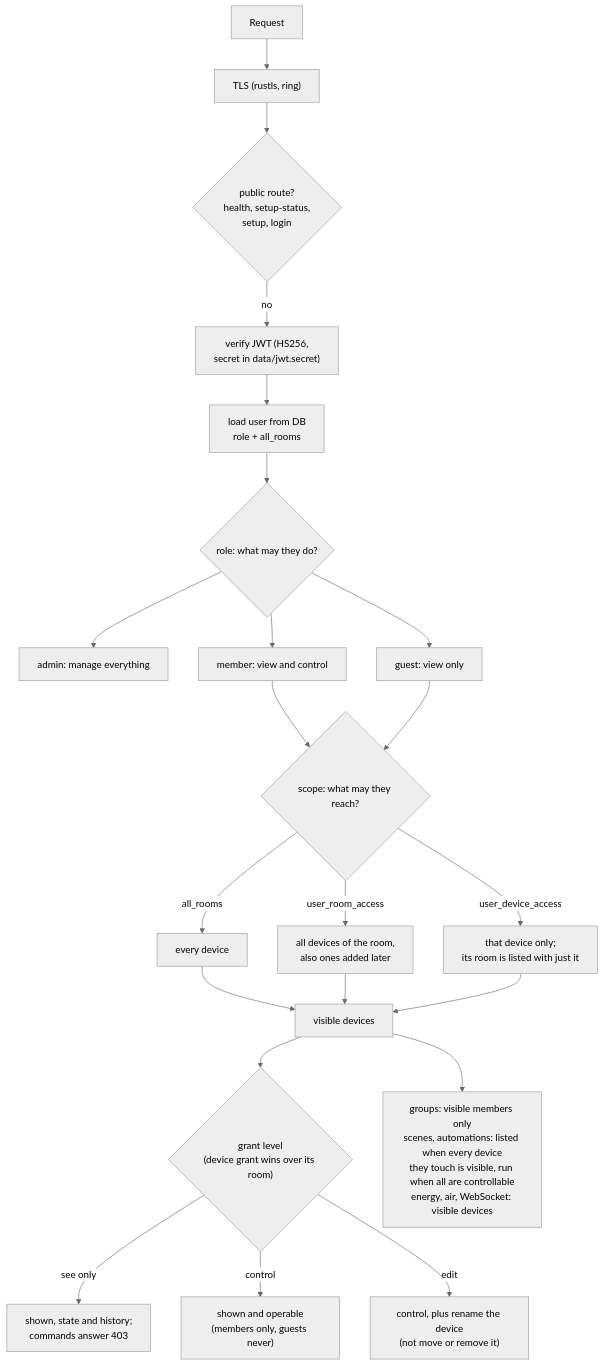
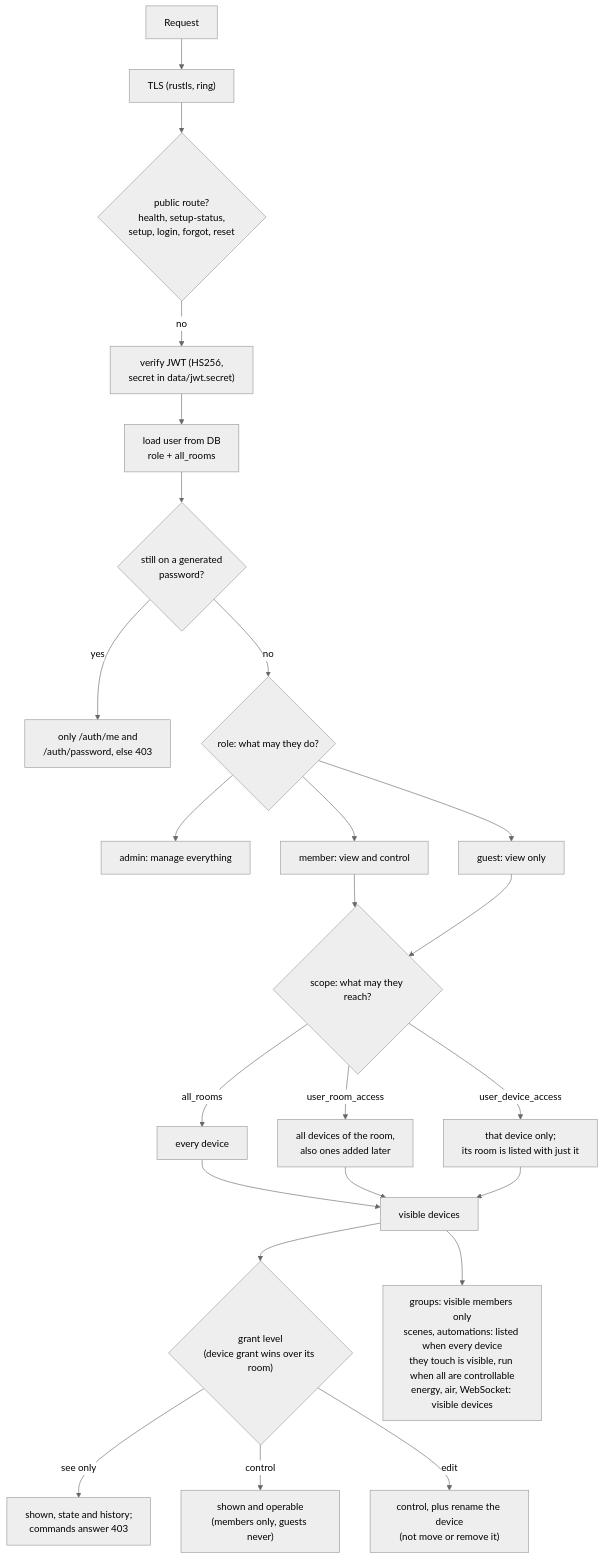
One commit to aiyu-ayaan/Domus changed the eighth of 10 diagrams in development/docs/ARCHITECTURE.md. Above: the diagram before and after it, drawn with Mermaid (neutral theme). The commit also changed other lines of this file and 3 other files, not shown here.

Commit message:
docs(Accounts) : Link the account rules from the architecture, Android and agent docs

````diff
--- a/development/docs/ARCHITECTURE.md
+++ b/development/docs/ARCHITECTURE.md
@@ -296,24 +296,26 @@
 ```mermaid
 flowchart TB
     Req["Request"] --> HTTPS["TLS (rustls, ring)"]
-    HTTPS --> Pub{"public route?<br/>health, setup-status,<br/>setup, login"}
+    HTTPS --> Pub{"public route?<br/>health, setup-status,<br/>setup, login, forgot, reset"}
     Pub -- no --> JWT["verify JWT (HS256,<br/>secret in data/jwt.secret)"]
     JWT --> Load["load user from DB<br/>role + all_rooms"]
-    Load --> Role{"role: what may they do?"}
+    Load --> Must{"still on a generated<br/>password?"}
+    Must -- yes --> Only["only /auth/me and<br/>/auth/password, else 403"]
+    Must -- no --> Role{"role: what may they do?"}
     Role --> Admin["admin: manage everything"]
     Role --> Member["member: view and control"]
     Role --> Guest["guest: view only"]
     Member --> Scope{"scope: what may they reach?"}
     Guest --> Scope
     Scope -- "all_rooms" --> Home["every device"]
     Scope -- "user_room_access" --> RoomG["all devices of the room,<br/>also ones added later"]
     Scope -- "user_device_access" --> DevG["that device only;<br/>its room is listed with just it"]
     Home --> Vis["visible devices"]
     RoomG --> Vis
     DevG --> Vis
     Vis --> Level{"grant level<br/>(device grant wins over its room)"}
     Level -- "see only" --> See["shown, state and history;<br/>commands answer 403"]
     Level -- "control" --> Ctl["shown and operable<br/>(members only, guests never)"]
     Level -- "edit" --> Edt["control, plus rename the device<br/>(not move or remove it)"]
     Vis --> Derived["groups: visible members only<br/>scenes, automations: listed when every device<br/>they touch is visible, run when all are controllable<br/>energy, air, WebSocket: visible devices"]
 ```
````
